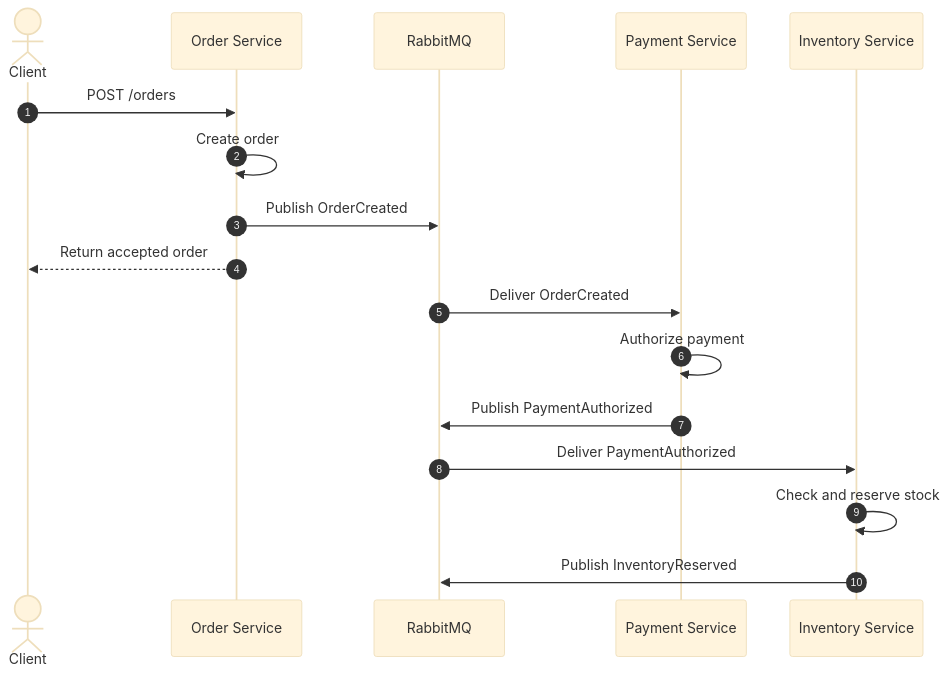
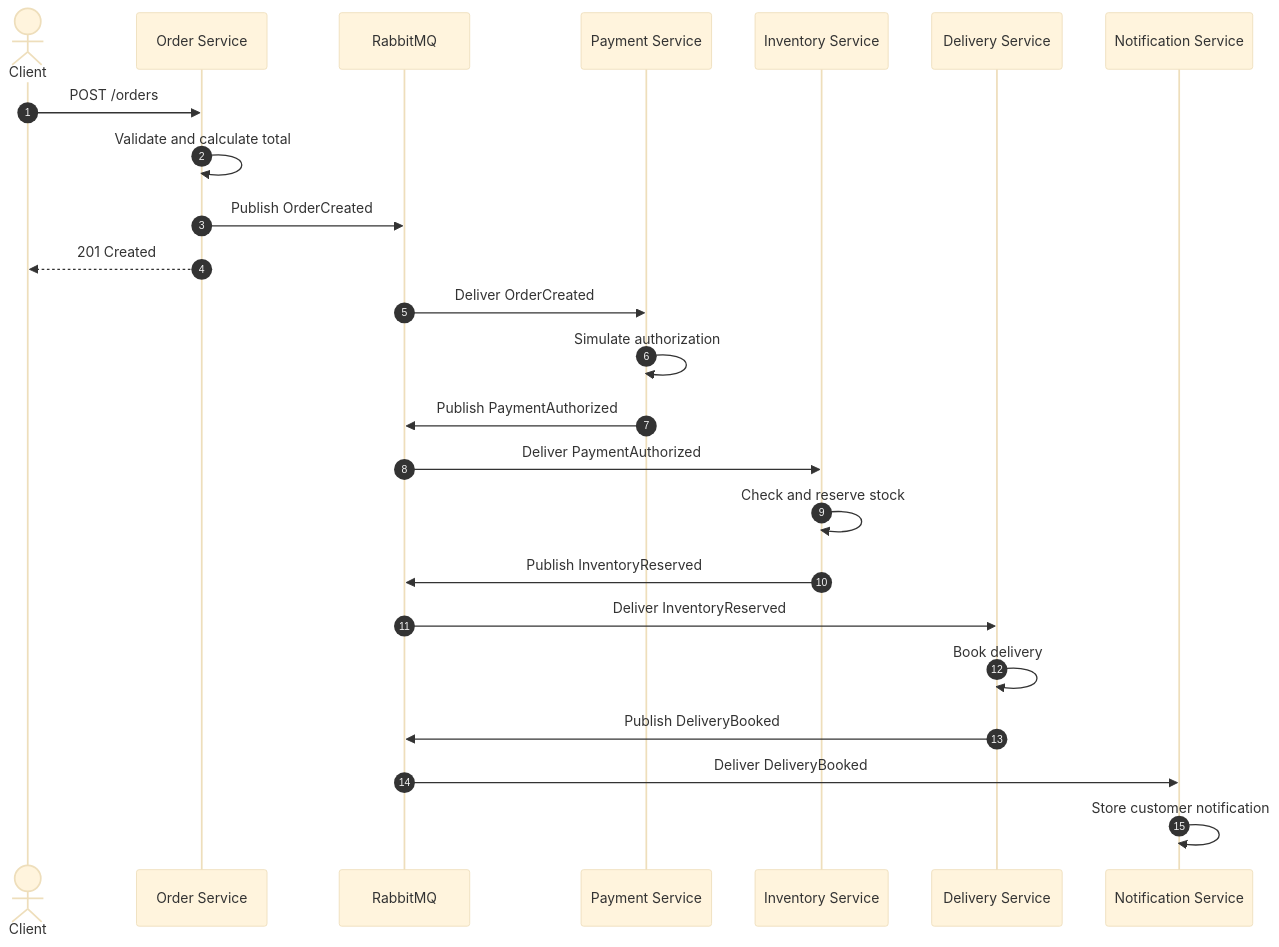
One commit to kris7011/commerce-flow changed the second of 3 diagrams in README.md. Above: the diagram before and after it, drawn with Mermaid (base theme). The commit also changed other lines of this file, not shown here.

````diff
--- a/README.md
+++ b/README.md
@@ -198,23 +337,32 @@
 ```mermaid
 sequenceDiagram
     autonumber
 
     actor Client
     participant Order as Order Service
     participant Broker as RabbitMQ
     participant Payment as Payment Service
     participant Inventory as Inventory Service
+    participant Delivery as Delivery Service
+    participant Notification as Notification Service
 
     Client->>Order: POST /orders
-    Order->>Order: Create order
+    Order->>Order: Validate and calculate total
     Order->>Broker: Publish OrderCreated
-    Order-->>Client: Return accepted order
+    Order-->>Client: 201 Created
 
     Broker->>Payment: Deliver OrderCreated
-    Payment->>Payment: Authorize payment
+    Payment->>Payment: Simulate authorization
     Payment->>Broker: Publish PaymentAuthorized
 
     Broker->>Inventory: Deliver PaymentAuthorized
     Inventory->>Inventory: Check and reserve stock
     Inventory->>Broker: Publish InventoryReserved
+
+    Broker->>Delivery: Deliver InventoryReserved
+    Delivery->>Delivery: Book delivery
+    Delivery->>Broker: Publish DeliveryBooked
+
+    Broker->>Notification: Deliver DeliveryBooked
+    Notification->>Notification: Store customer notification
 ```
````
